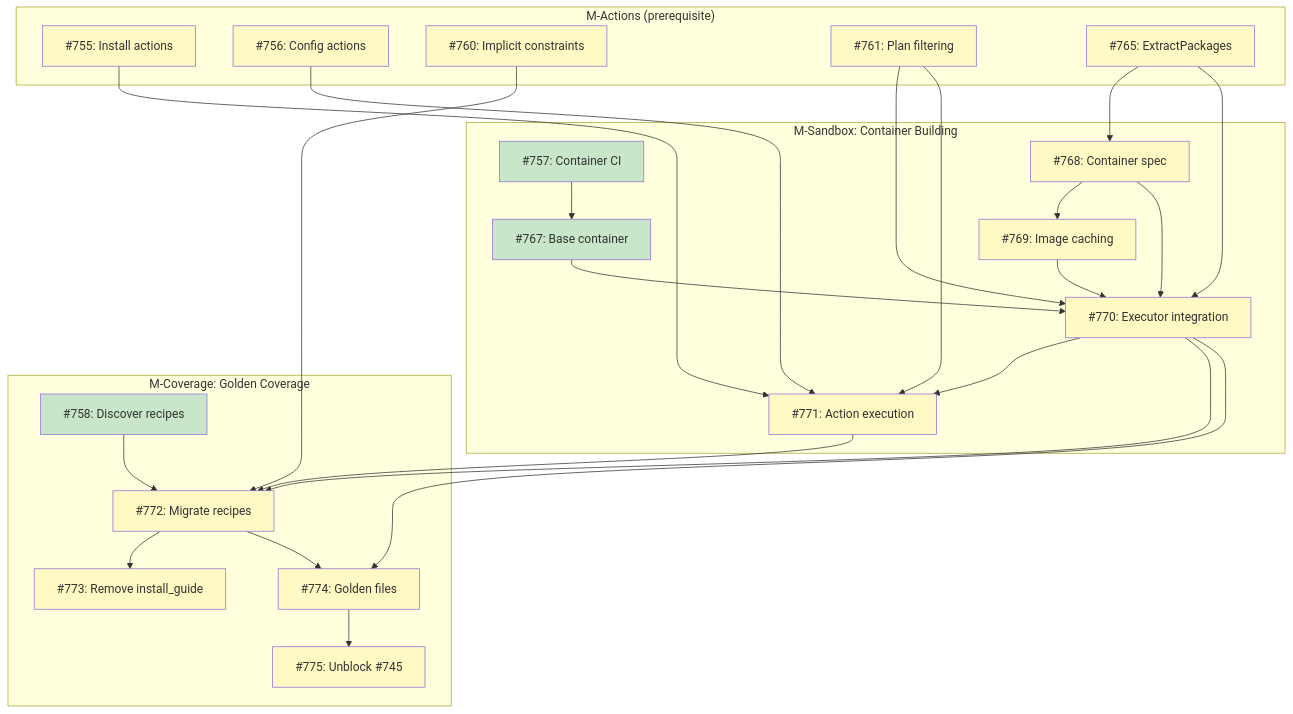
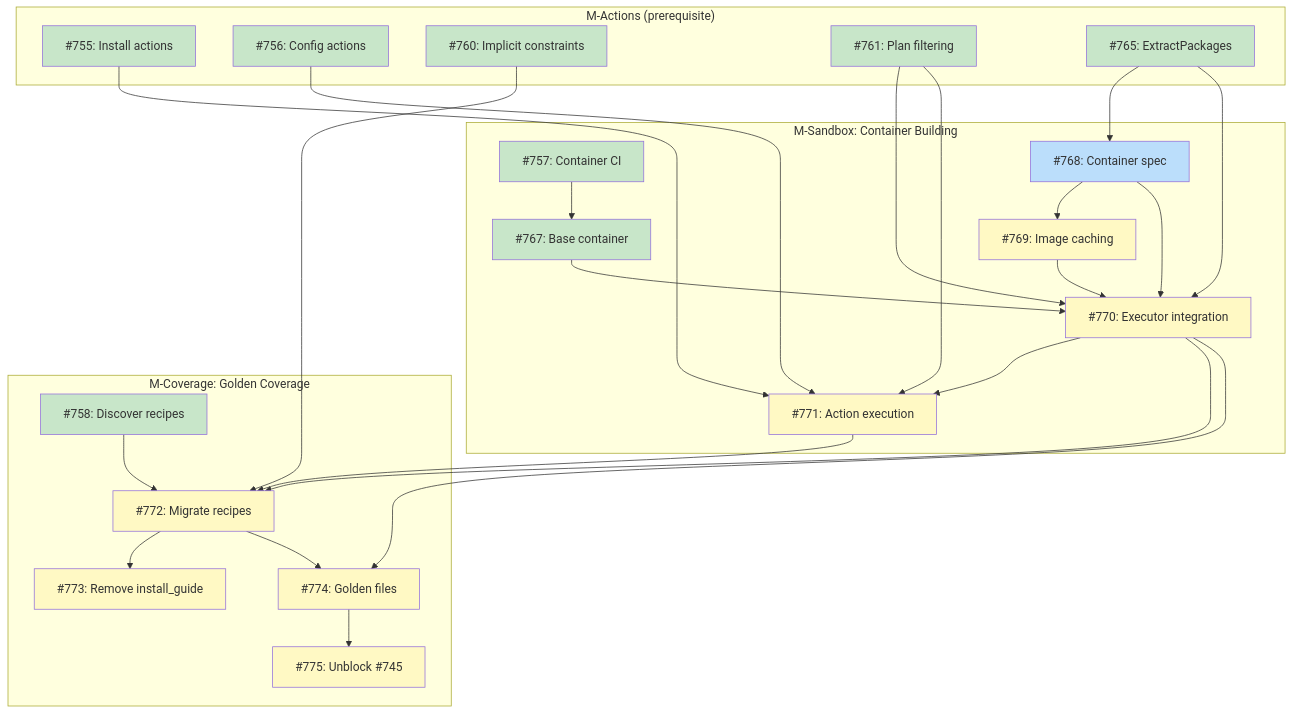
The diagram in docs/DESIGN-structured-install-guide.md (tsukumogami/tsuku), drawn with Mermaid before and after one commit.

Commit message:
docs: update issue status in structured-install-guide design (#790)
Update the dependency graph in DESIGN-structured-install-guide.md to
reflect
current issue states.

````diff
--- a/docs/DESIGN-structured-install-guide.md
+++ b/docs/DESIGN-structured-install-guide.md
@@ -32,57 +32,57 @@
 ```mermaid
 graph TD
     subgraph Actions["M-Actions (prerequisite)"]
         I755["#755: Install actions"]
         I756["#756: Config actions"]
         I760["#760: Implicit constraints"]
         I761["#761: Plan filtering"]
         I765["#765: ExtractPackages"]
     end
 
     subgraph Sandbox["M-Sandbox: Container Building"]
         I757["#757: Container CI"]
         I767["#767: Base container"]
         I768["#768: Container spec"]
         I769["#769: Image caching"]
         I770["#770: Executor integration"]
         I771["#771: Action execution"]
     end
 
     subgraph Coverage["M-Coverage: Golden Coverage"]
         I758["#758: Discover recipes"]
         I772["#772: Migrate recipes"]
         I773["#773: Remove install_guide"]
         I774["#774: Golden files"]
         I775["#775: Unblock #745"]
     end
 
     I757 --> I767
     I765 --> I768
     I768 --> I769
     I761 --> I770
     I767 --> I770
     I768 --> I770
     I769 --> I770
     I765 --> I770
     I755 --> I771
     I756 --> I771
     I770 --> I771
     I761 --> I771
     I758 --> I772
     I770 --> I772
     I771 --> I772
     I760 --> I772
     I772 --> I773
     I772 --> I774
     I770 --> I774
     I774 --> I775
 
     classDef done fill:#c8e6c9
     classDef ready fill:#bbdefb
     classDef blocked fill:#fff9c4
     classDef needsDesign fill:#e1bee7
 
-    class I757,I767,I758 done
-    class I755,I756,I760,I761,I765 blocked
-    class I768,I769,I770,I771,I772,I773,I774,I775 blocked
+    class I755,I756,I757,I758,I760,I761,I765,I767 done
+    class I768 ready
+    class I769,I770,I771,I772,I773,I774,I775 blocked
 ```
````
